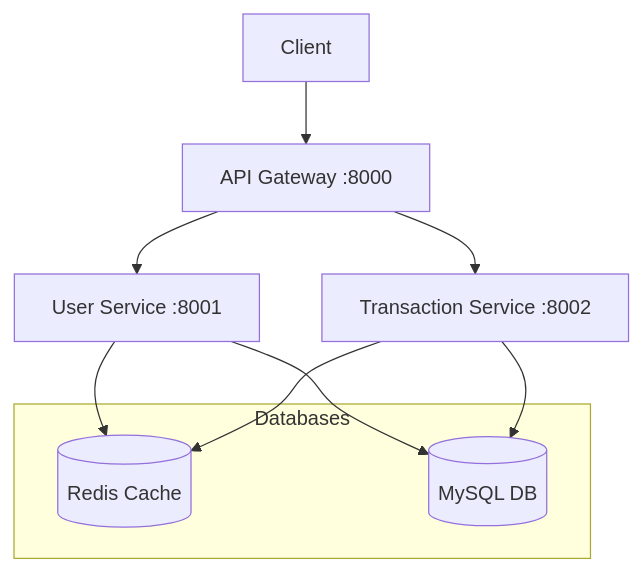
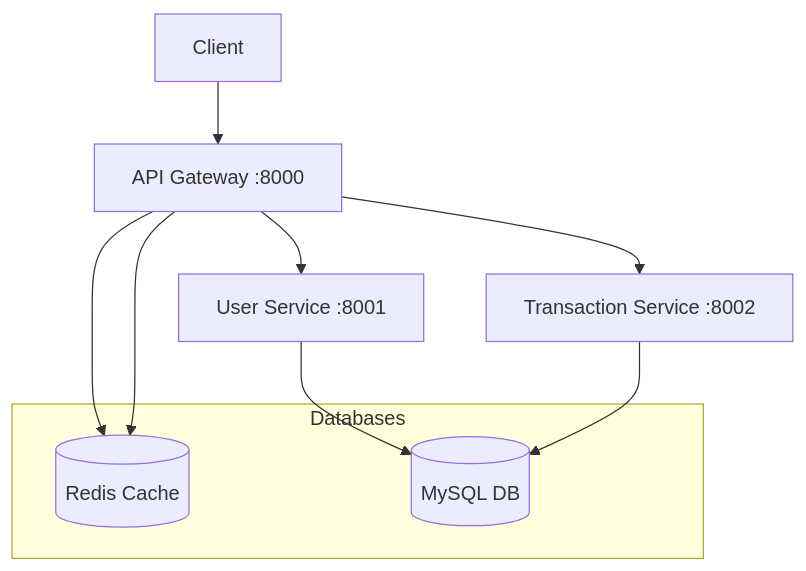
The diagram in README.md (HyWChoi/cloud-native--), drawn with Mermaid before and after one commit.

````diff
--- a/README.md
+++ b/README.md
@@ -8,16 +8,16 @@
 ```mermaid
 graph TB
     Client[Client] --> Gateway[API Gateway :8000]
     Gateway --> US[User Service :8001]
     Gateway --> TS[Transaction Service :8002]
     
     subgraph Databases
       Redis[(Redis Cache)]
       MySQL[(MySQL DB)]
     end
     
-    US --> Redis
+    Gateway --> Redis
     US --> MySQL
-    TS --> Redis
+    Gateway --> Redis
     TS --> MySQL
 ```
````
